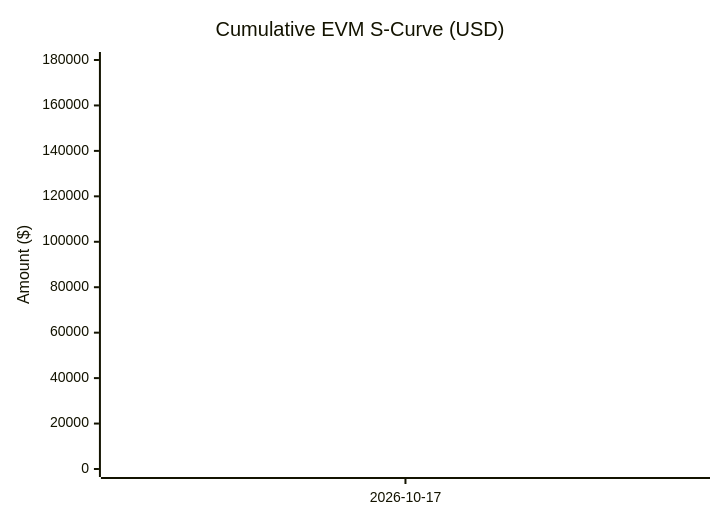
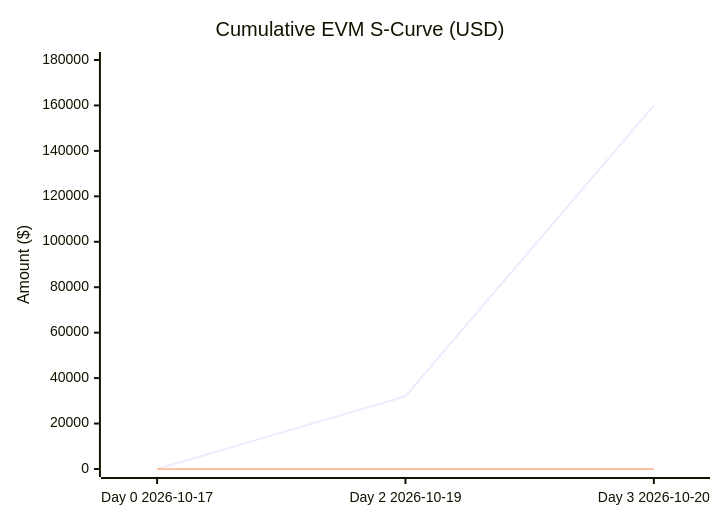
One commit to jordidh/pm-sample-wms-core changed the diagram in output/performance/project_dashboard.md. Above: the diagram before and after it, drawn with Mermaid. The commit also changed other lines of this file and 15 other files, not shown here.

````diff
--- a/output/performance/project_dashboard.md
+++ b/output/performance/project_dashboard.md
@@ -42,9 +64,9 @@
 ```mermaid
 xychart-beta
     title "Cumulative EVM S-Curve (USD)"
-    x-axis ["2026-10-17"]
+    x-axis ["Day 0 2026-10-17", "Day 2 2026-10-19", "Day 3 2026-10-20"]
     y-axis "Amount ($)" 0 --> 180000
-    line [160000]
-    line [0]
-    line [0]
+    line [0, 32000, 160000]
+    line [0, 0, 0]
+    line [0, 0, 0]
 ```
````
